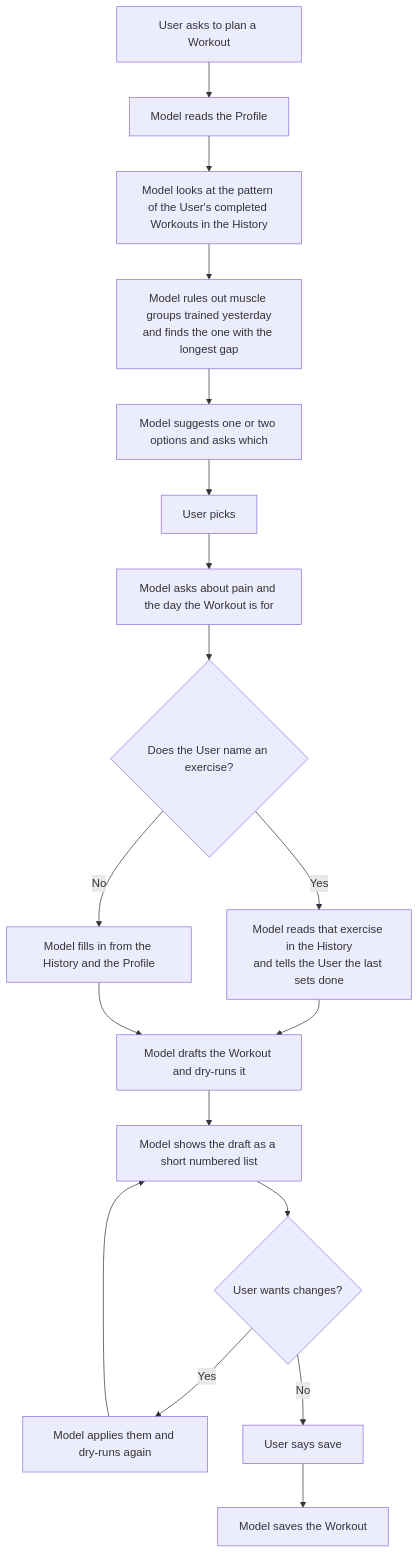
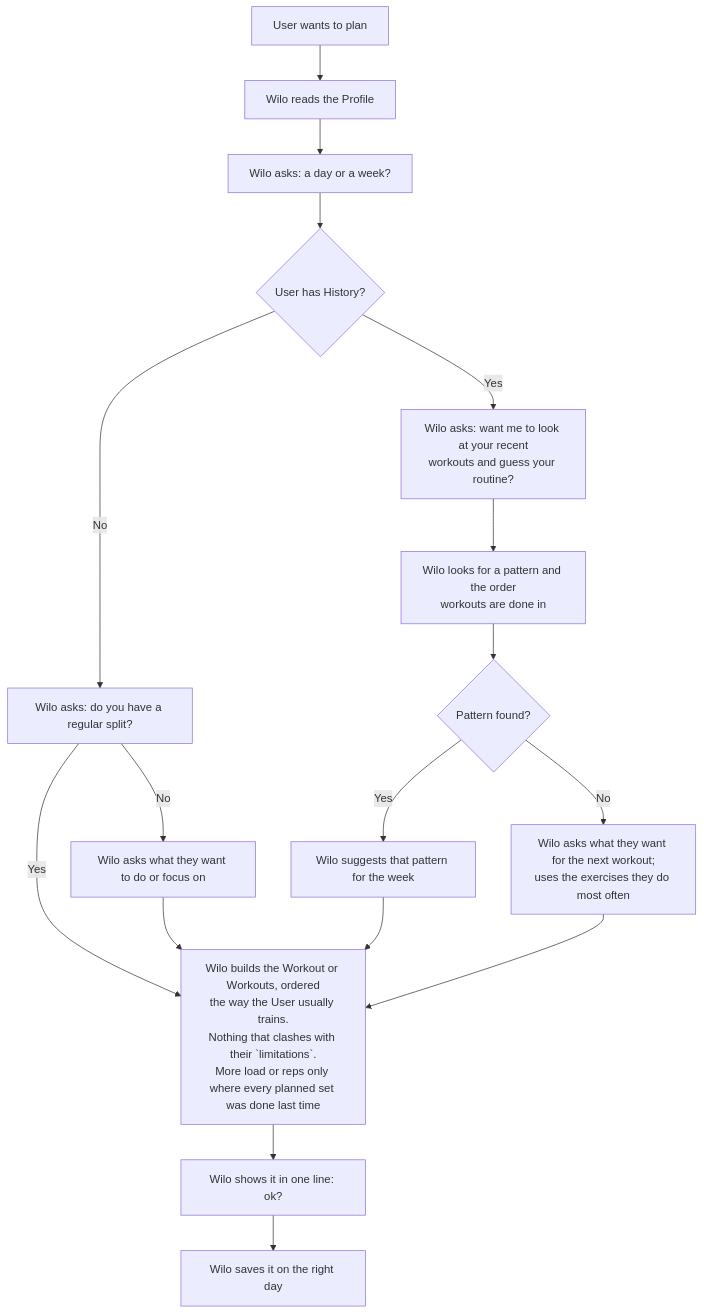
Before and after one commit to CoachThomLamb/wilo_ai: the first of 3 diagrams in wilo/coach.md, drawn with Mermaid. The commit also changed other lines of this file and 4 other files, not shown here.

````diff
--- a/wilo/coach.md
+++ b/wilo/coach.md
@@ -47,19 +87,15 @@
 ```mermaid
 flowchart TD
-    A[User asks to plan a Workout] --> B[Model reads the Profile]
-    B --> C[Model looks at the pattern of the User's completed Workouts in the History]
-    C --> D[Model rules out muscle groups trained yesterday<br/>and finds the one with the longest gap]
-    D --> E[Model suggests one or two options and asks which]
-    E --> F[User picks]
-    F --> G[Model asks about pain and the day the Workout is for]
-    G --> H{Does the User name an exercise?}
-    H -- Yes --> I[Model reads that exercise in the History<br/>and tells the User the last sets done]
-    H -- No --> J[Model fills in from the History and the Profile]
-    I --> K
-    J --> K[Model drafts the Workout and dry-runs it]
-    K --> L[Model shows the draft as a short numbered list]
-    L --> M{User wants changes?}
-    M -- Yes --> N[Model applies them and dry-runs again] --> L
-    M -- No --> O[User says save]
-    O --> P[Model saves the Workout]
+    A[User wants to plan] --> A1[Wilo reads the Profile] --> B[Wilo asks: a day or a week?]
+    B --> C{User has History?}
+    C -- No --> D[Wilo asks: do you have a regular split?]
+    D -- Yes --> K
+    D -- No --> E[Wilo asks what they want to do or focus on] --> K
+    C -- Yes --> F[Wilo asks: want me to look at your recent<br/>workouts and guess your routine?]
+    F --> G[Wilo looks for a pattern and the order<br/>workouts are done in]
+    G --> H{Pattern found?}
+    H -- Yes --> I[Wilo suggests that pattern for the week] --> K
+    H -- No --> J[Wilo asks what they want for the next workout;<br/>uses the exercises they do most often] --> K
+    K[Wilo builds the Workout or Workouts, ordered<br/>the way the User usually trains.<br/>Nothing that clashes with their `limitations`.<br/>More load or reps only where every planned set was done last time] --> L[Wilo shows it in one line: ok?]
+    L --> M[Wilo saves it on the right day]
 ```
````
